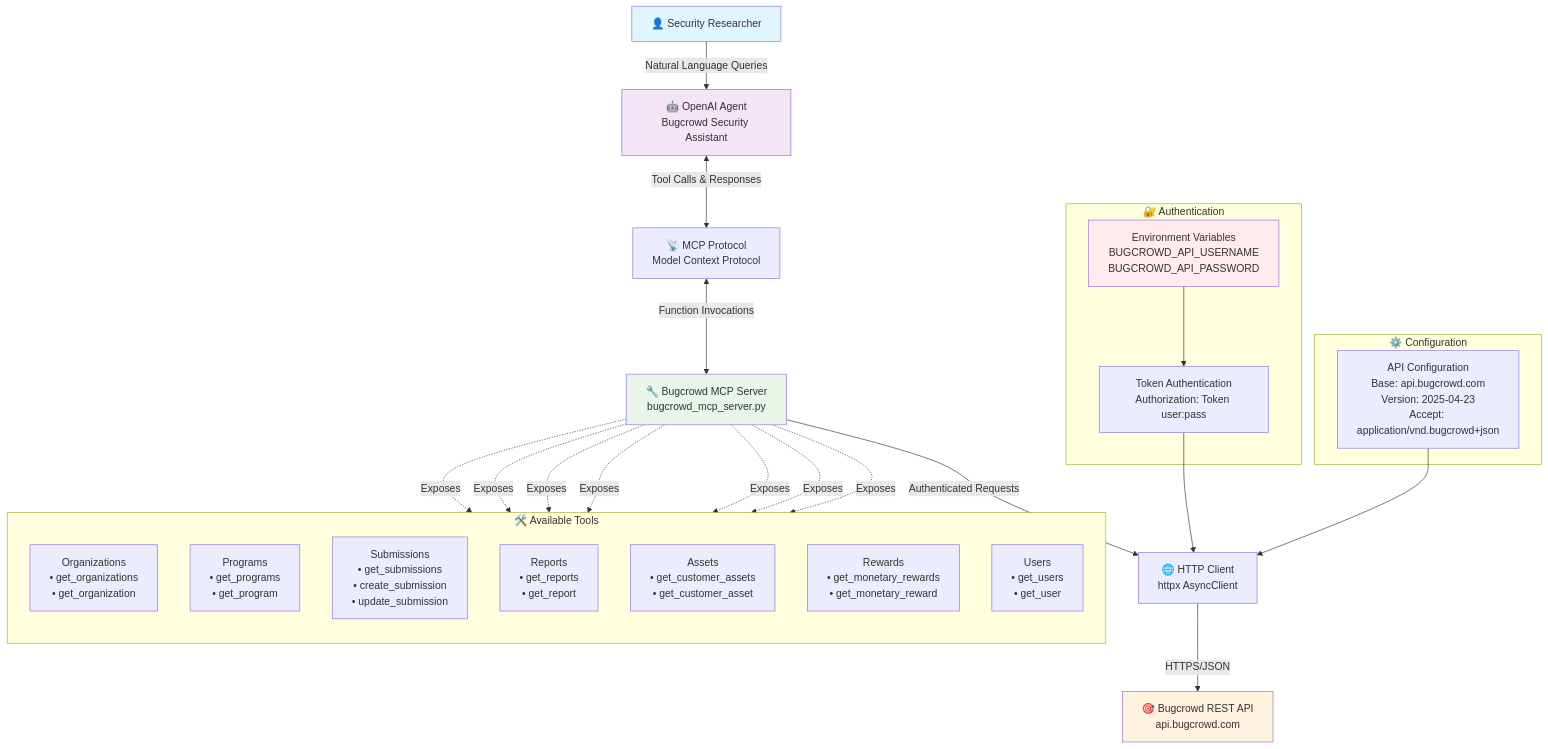
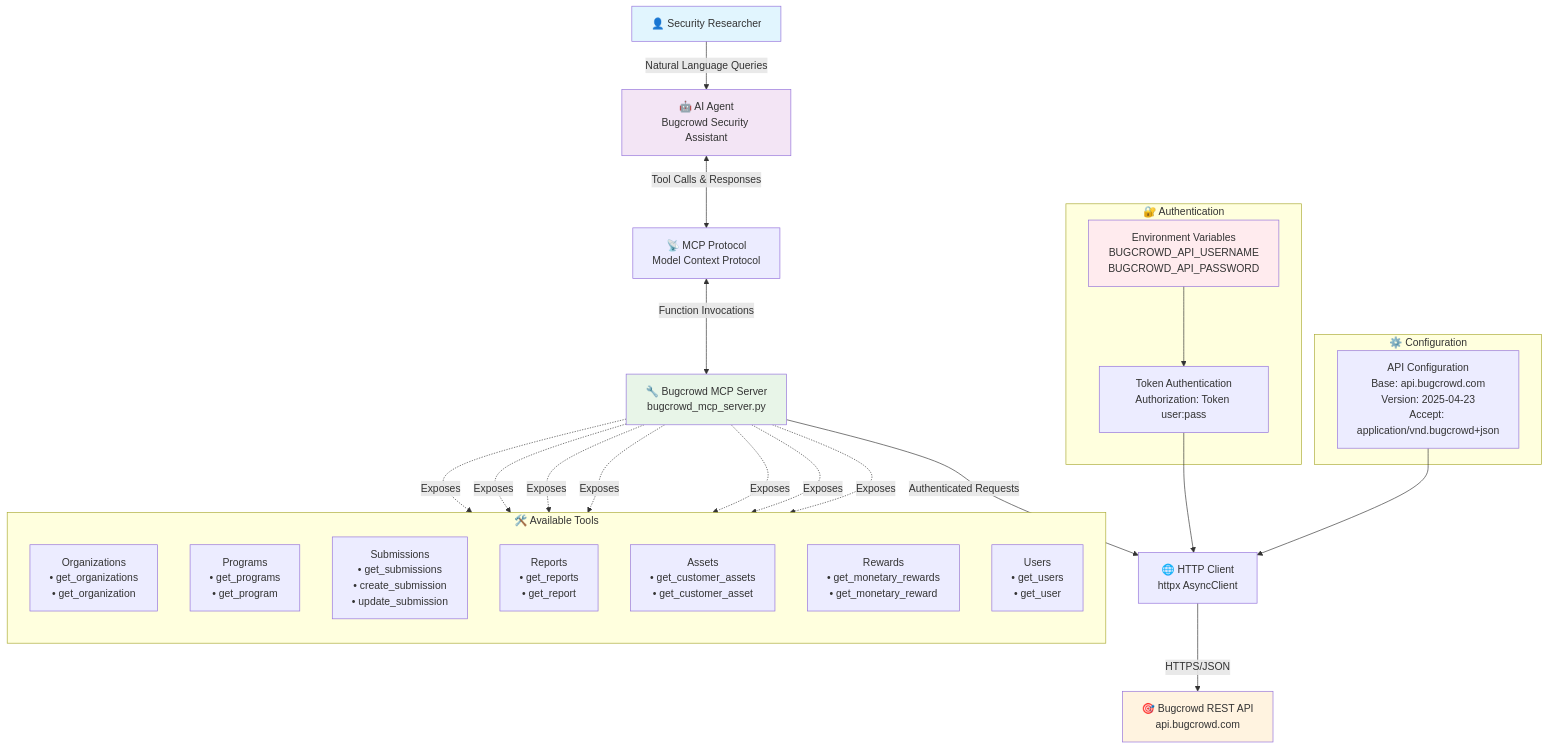
The diagram in docs/architecture_diagram.md (unstrike/OpenAI_Bugcrowd_MCP), drawn with Mermaid before and after one commit. The commit also changed other lines of this file and 5 other files, not shown here.

````diff
--- a/docs/architecture_diagram.md
+++ b/docs/architecture_diagram.md
@@ -3,69 +3,69 @@
 ```mermaid
 graph TB
     %% User Layer
     User[👤 Security Researcher]
     
-    %% OpenAI Agent Layer  
-    Agent[🤖 OpenAI Agent<br/>Bugcrowd Security Assistant]
+    %% AI Agent Layer  
+    Agent[🤖 AI Agent<br/>Bugcrowd Security Assistant]
     
     %% MCP Protocol Layer
     MCP[📡 MCP Protocol<br/>Model Context Protocol]
     
     %% MCP Server Layer
     Server[🔧 Bugcrowd MCP Server<br/>bugcrowd_mcp_server.py]
     
     %% API Client Layer
     HTTP[🌐 HTTP Client<br/>httpx AsyncClient]
     
     %% External API
     BugcrowdAPI[🎯 Bugcrowd REST API<br/>api.bugcrowd.com]
     
     %% Data Flow
     User -->|Natural Language Queries| Agent
     Agent <-->|Tool Calls & Responses| MCP
     MCP <-->|Function Invocations| Server
     Server -->|Authenticated Requests| HTTP
     HTTP -->|HTTPS/JSON| BugcrowdAPI
     
     %% Tool Categories
     subgraph "🛠️ Available Tools"
         direction TB
         OrgTools[Organizations<br/>• get_organizations<br/>• get_organization]
         ProgTools[Programs<br/>• get_programs<br/>• get_program]
         SubTools[Submissions<br/>• get_submissions<br/>• create_submission<br/>• update_submission]
         ReportTools[Reports<br/>• get_reports<br/>• get_report]
         AssetTools[Assets<br/>• get_customer_assets<br/>• get_customer_asset]
         RewardTools[Rewards<br/>• get_monetary_rewards<br/>• get_monetary_reward]
         UserTools[Users<br/>• get_users<br/>• get_user]
     end
     
     Server -.->|Exposes| OrgTools
     Server -.->|Exposes| ProgTools
     Server -.->|Exposes| SubTools
     Server -.->|Exposes| ReportTools
     Server -.->|Exposes| AssetTools
     Server -.->|Exposes| RewardTools
     Server -.->|Exposes| UserTools
     
     %% Authentication
     subgraph "🔐 Authentication"
         EnvVars[Environment Variables<br/>BUGCROWD_API_USERNAME<br/>BUGCROWD_API_PASSWORD]
         Auth[Token Authentication<br/>Authorization: Token user:pass]
     end
     
     EnvVars --> Auth
     Auth --> HTTP
     
     %% Configuration
     subgraph "⚙️ Configuration"
         Config[API Configuration<br/>Base: api.bugcrowd.com<br/>Version: 2025-04-23<br/>Accept: application/vnd.bugcrowd+json]
     end
     
     Config --> HTTP
     
     style User fill:#e1f5fe
     style Agent fill:#f3e5f5
     style Server fill:#e8f5e8
     style BugcrowdAPI fill:#fff3e0
     style EnvVars fill:#ffebee
 ```
````
